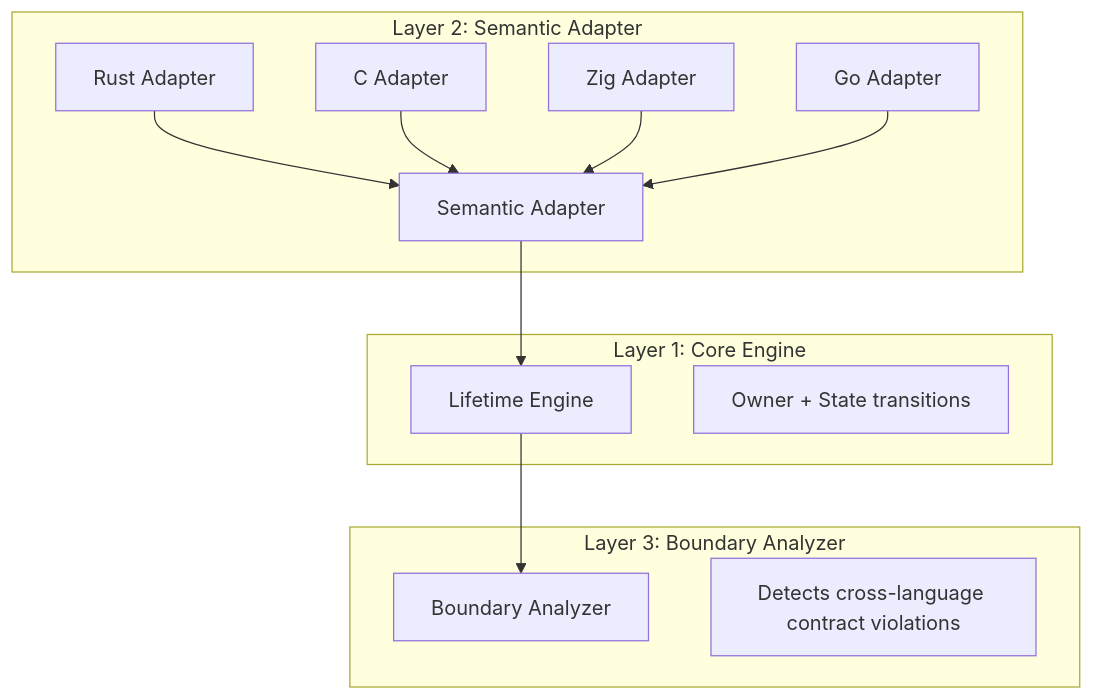
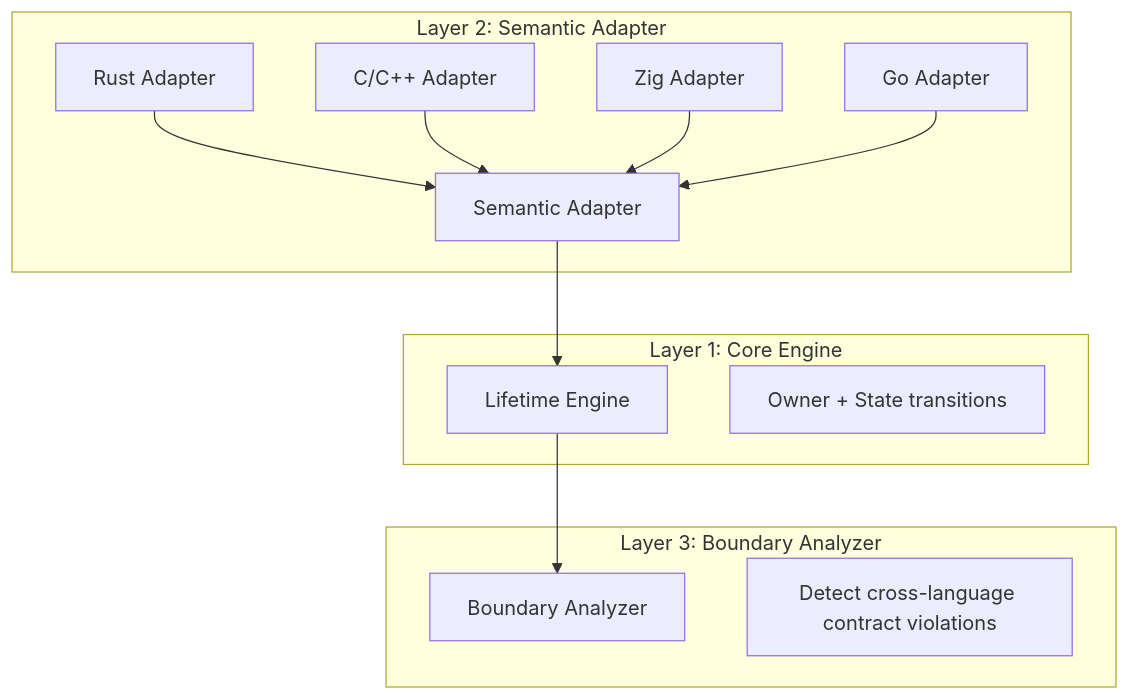
Before and after one commit to Timwood0x10/OmniScope: the first of 2 diagrams in README.md, drawn with Mermaid. The commit also changed other lines of this file and 5 other files, not shown here.

````diff
--- a/README.md
+++ b/README.md
@@ -20,24 +40,24 @@
 ```mermaid
 graph TB
     subgraph L3["Layer 3: Boundary Analyzer"]
         BA["Boundary Analyzer"]
-        BA_desc["Detects cross-language contract violations"]
+        BA_desc["Detect cross-language contract violations"]
     end
 
     subgraph L2["Layer 2: Semantic Adapter"]
         SA["Semantic Adapter"]
         RA["Rust Adapter"]
-        CA["C Adapter"]
+        CA["C/C++ Adapter"]
         ZA["Zig Adapter"]
         GA["Go Adapter"]
     end
 
     subgraph L1["Layer 1: Core Engine"]
         CE["Lifetime Engine"]
         CE_desc["Owner + State transitions"]
     end
 
     RA & CA & ZA & GA --> SA
     SA --> CE
     CE --> BA
 ```
````
